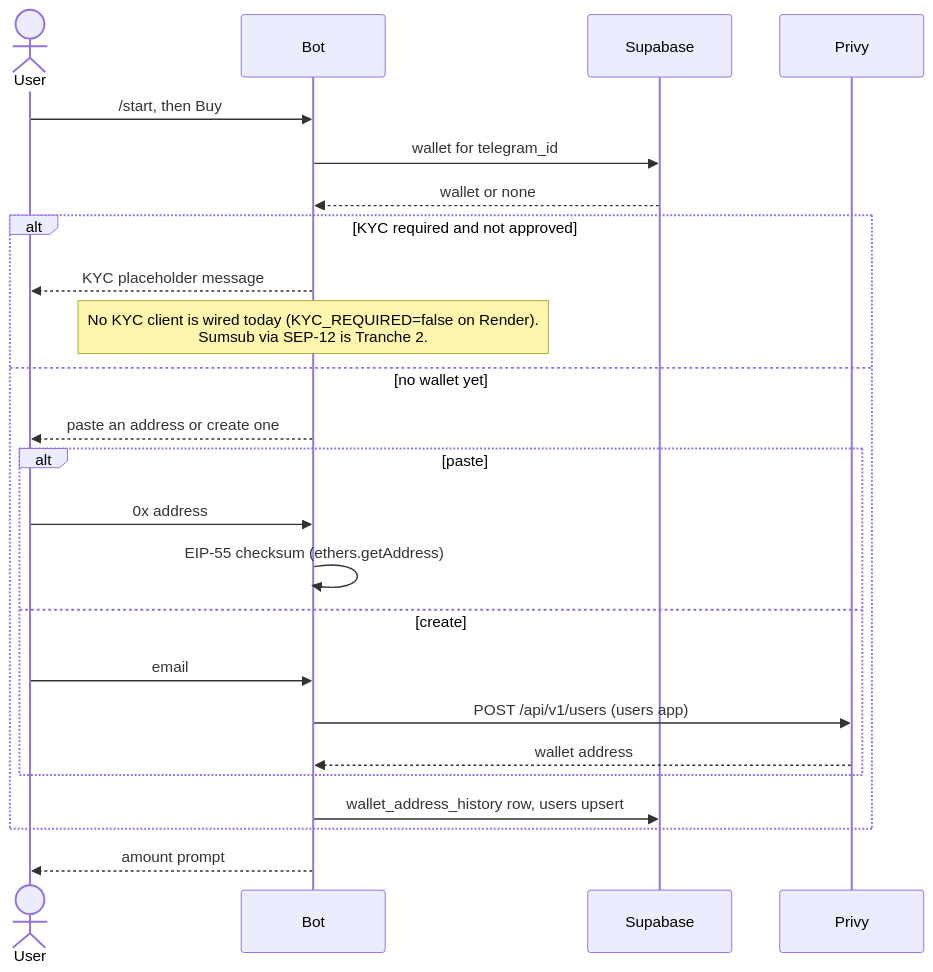
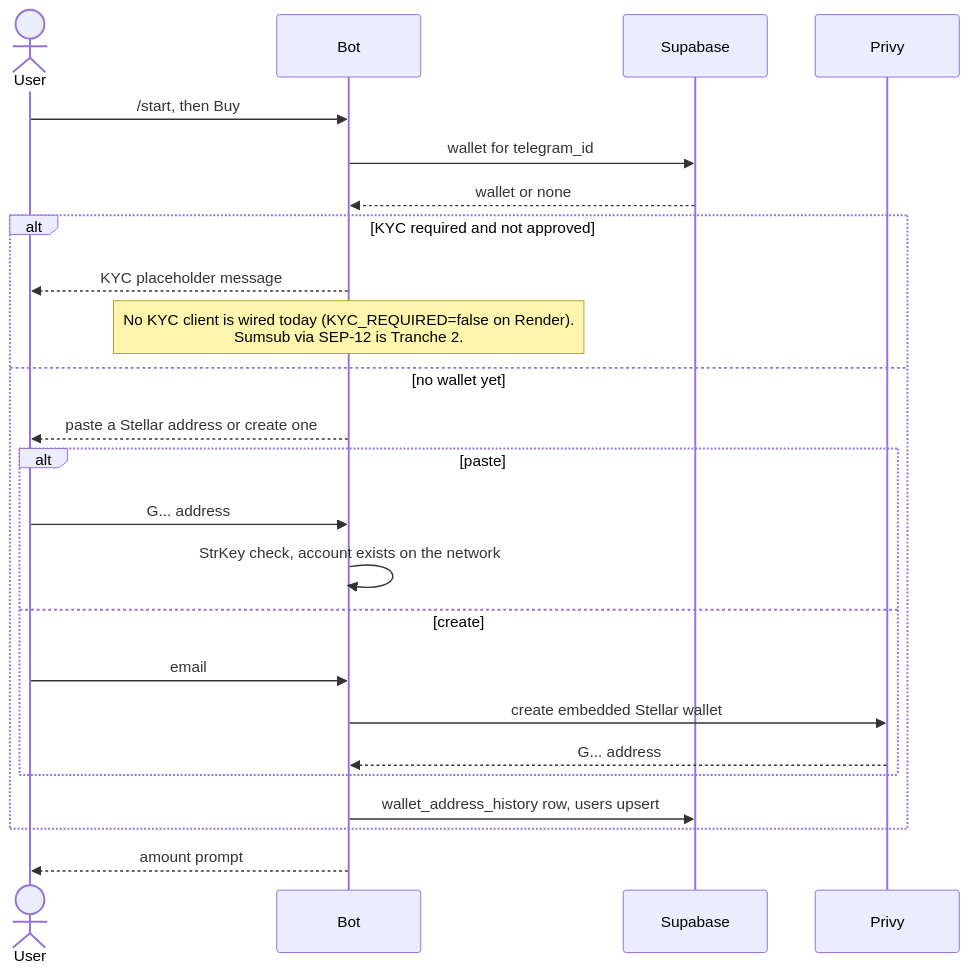
One commit to BreadchainCoop/curacao-crypto-onramp-bot changed the third of 8 diagrams in contracts/stellar/ARCHITECTURE.md. Above: the diagram before and after it, drawn with Mermaid. The commit also changed other lines of this file, not shown here.

Commit message:
docs(stellar): simplify the architecture doc, add the overview and trustline step

````diff
--- a/contracts/stellar/ARCHITECTURE.md
+++ b/contracts/stellar/ARCHITECTURE.md
@@ -163,27 +68,27 @@
 ```mermaid
 sequenceDiagram
   actor U as User
   participant B as Bot
   participant DB as Supabase
   participant P as Privy
 
   U->>B: /start, then Buy
   B->>DB: wallet for telegram_id
   DB-->>B: wallet or none
   alt KYC required and not approved
     B-->>U: KYC placeholder message
     Note over B: No KYC client is wired today (KYC_REQUIRED=false on Render).<br/>Sumsub via SEP-12 is Tranche 2.
   else no wallet yet
-    B-->>U: paste an address or create one
+    B-->>U: paste a Stellar address or create one
     alt paste
-      U->>B: 0x address
-      B->>B: EIP-55 checksum (ethers.getAddress)
+      U->>B: G... address
+      B->>B: StrKey check, account exists on the network
     else create
       U->>B: email
-      B->>P: POST /api/v1/users (users app)
-      P-->>B: wallet address
+      B->>P: create embedded Stellar wallet
+      P-->>B: G... address
     end
     B->>DB: wallet_address_history row, users upsert
   end
   B-->>U: amount prompt
 ```
````
